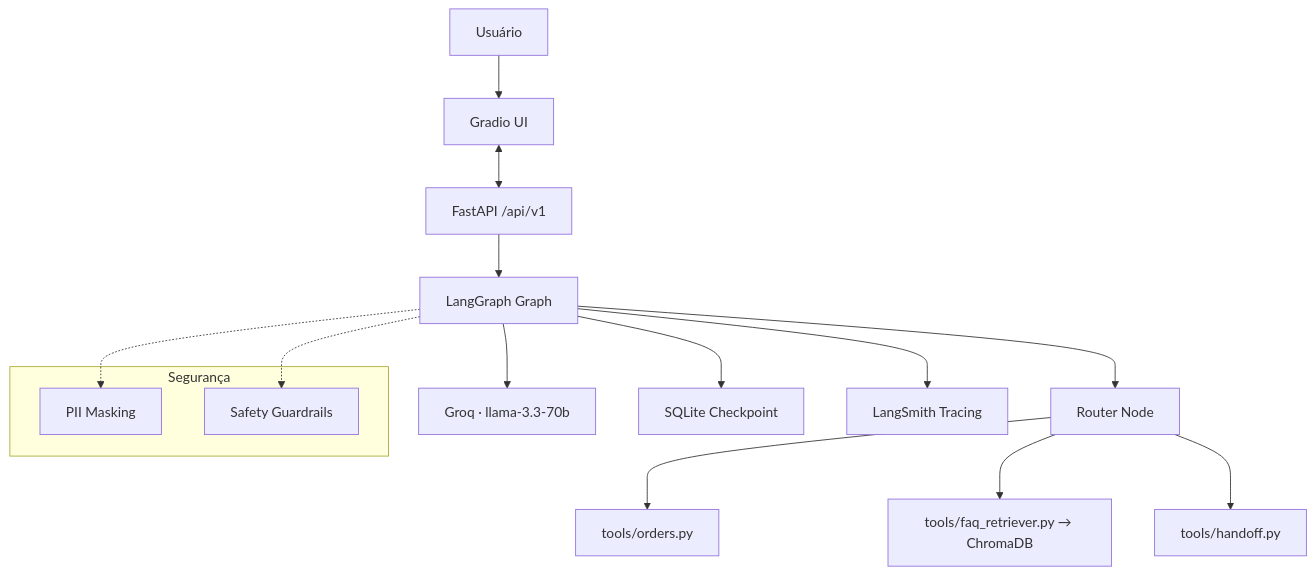
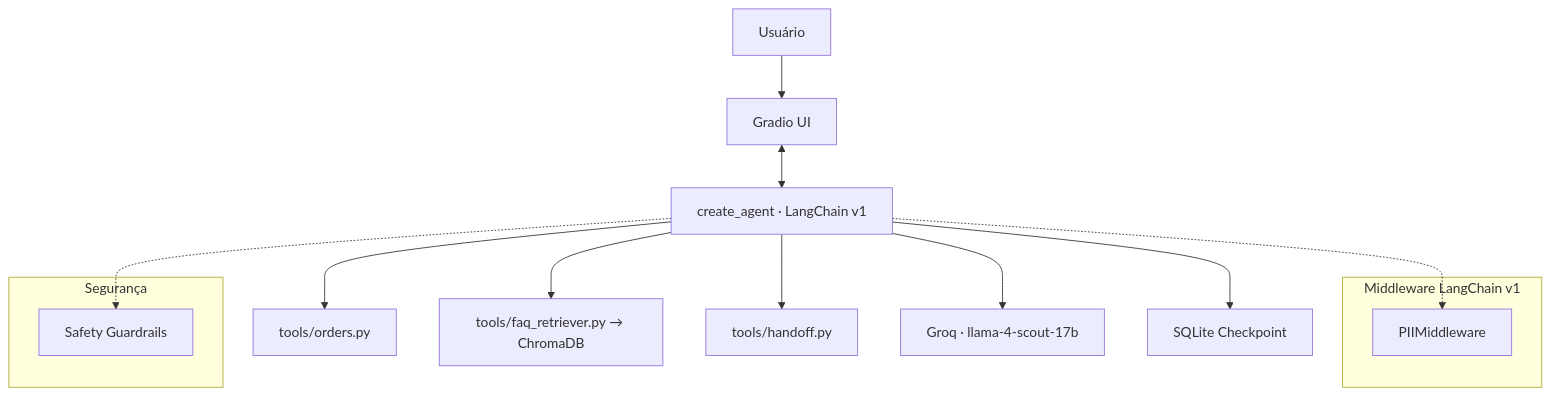
One commit to edgard-neo/nexus-support changed the diagram in README.md. Above: the diagram before and after it, drawn with Mermaid. The commit also changed other lines of this file and 14 other files, not shown here.

````diff
--- a/README.md
+++ b/README.md
@@ -27,23 +27,22 @@
 ```mermaid
 graph TD
     Usuário[Usuário] --> UI[Gradio UI]
-    UI <--> FastAPI[FastAPI /api/v1]
+    UI <--> Agent[create_agent · LangChain v1]
 
-    FastAPI --> Graph[LangGraph Graph]
-    Graph --> Router[Router Node]
+    Agent --> Orders[tools/orders.py]
+    Agent --> FAQ[tools/faq_retriever.py → ChromaDB]
+    Agent --> Handoff[tools/handoff.py]
 
-    Router --> Orders[tools/orders.py]
-    Router --> FAQ[tools/faq_retriever.py → ChromaDB]
-    Router --> Handoff[tools/handoff.py]
+    Agent --> Groq[Groq · llama-4-scout-17b]
+    Agent --> Memory[SQLite Checkpoint]
 
-    Graph --> Groq[Groq · llama-3.3-70b]
-    Graph --> Memory[SQLite Checkpoint]
-    Graph --> LangSmith[LangSmith Tracing]
+    subgraph Middleware LangChain v1
+        PII[PIIMiddleware]
+    end
+    Agent -.-> PII
 
     subgraph Segurança
-        PII[PII Masking]
         Safety[Safety Guardrails]
     end
-    Graph -.-> PII
-    Graph -.-> Safety
+    Agent -.-> Safety
 ```
````
